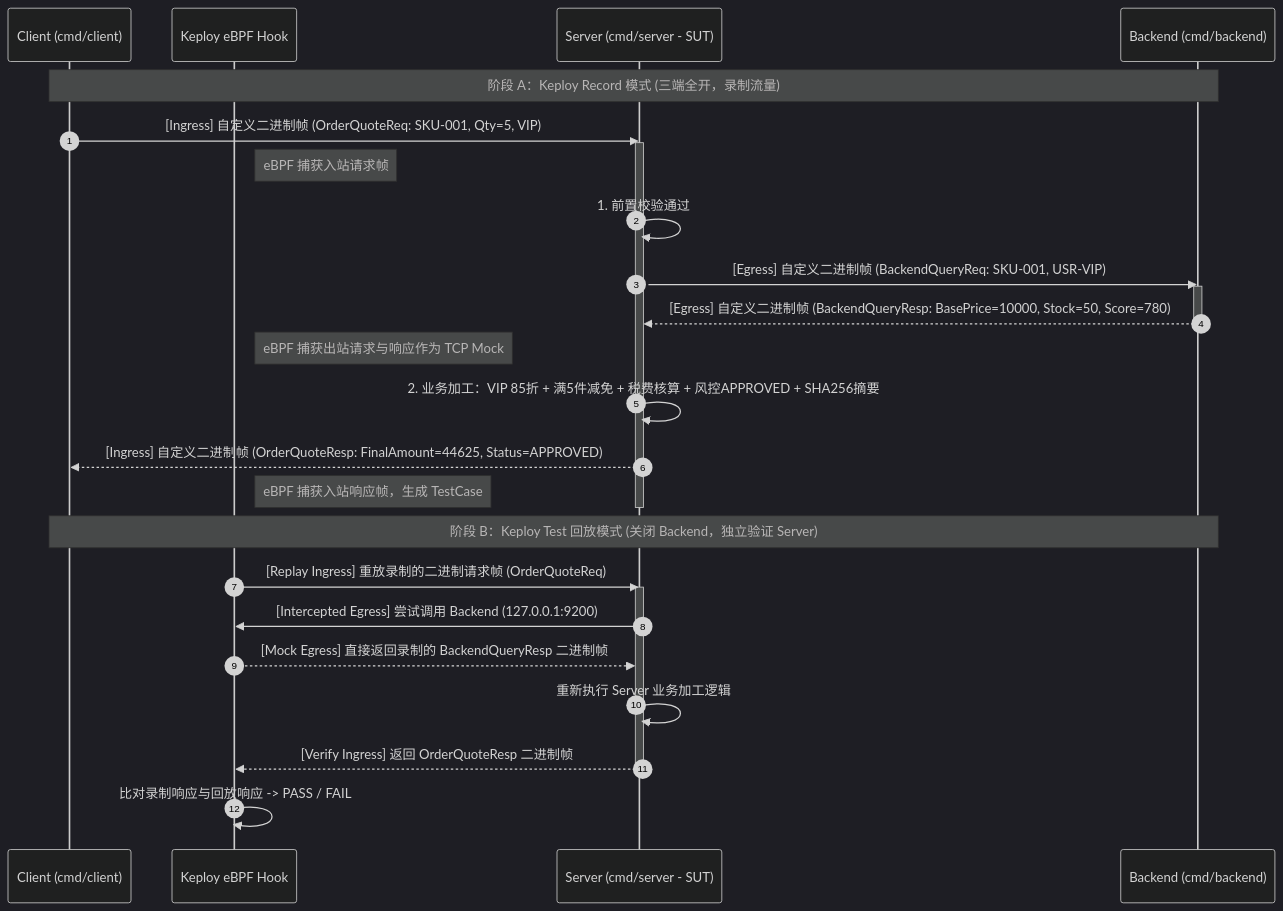
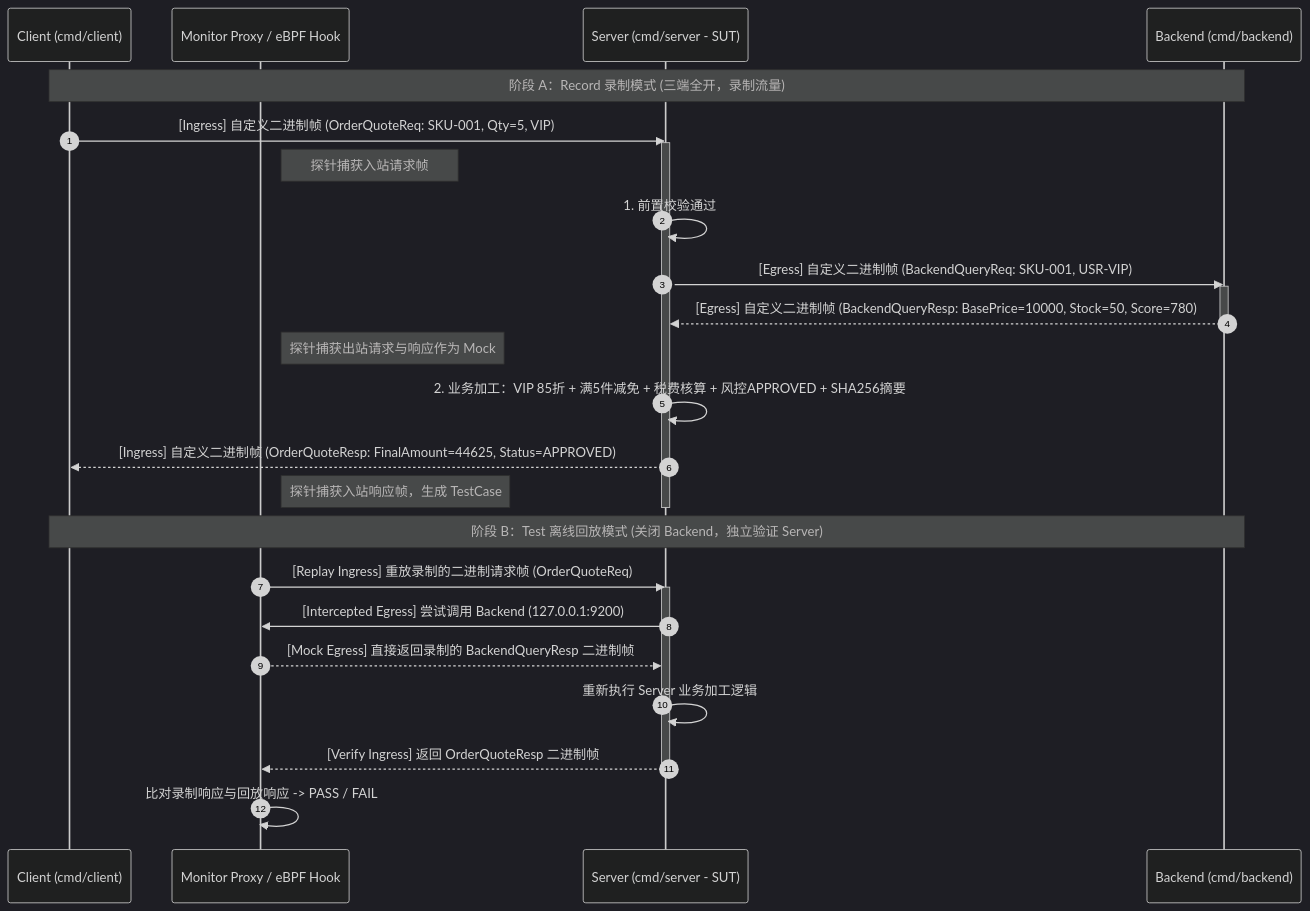
One commit to fugui/flowbench changed the diagram in docs/01-features/01-feature-matrix.md. Above: the diagram before and after it, drawn with Mermaid (dark theme). The commit also changed other lines of this file and 40 other files, not shown here.

Commit message:
refactor: 完全移除 Keploy 依赖并迁移原生 eBPF 协议感知监控资产

````diff
--- a/docs/01-features/01-feature-matrix.md
+++ b/docs/01-features/01-feature-matrix.md
@@ -101,33 +101,33 @@
 ```mermaid
 sequenceDiagram
     autonumber
     participant C as Client (cmd/client)
-    participant K as Keploy eBPF Hook
+    participant M as Monitor Proxy / eBPF Hook
     participant S as Server (cmd/server - SUT)
     participant B as Backend (cmd/backend)
 
-    Note over C,B: 阶段 A：Keploy Record 模式 (三端全开，录制流量)
+    Note over C,B: 阶段 A：Record 录制模式 (三端全开，录制流量)
     C->>S: [Ingress] 自定义二进制帧 (OrderQuoteReq: SKU-001, Qty=5, VIP)
     activate S
-    Note right of K: eBPF 捕获入站请求帧
+    Note right of M: 探针捕获入站请求帧
     S->>S: 1. 前置校验通过
     S->>B: [Egress] 自定义二进制帧 (BackendQueryReq: SKU-001, USR-VIP)
     activate B
     B-->>S: [Egress] 自定义二进制帧 (BackendQueryResp: BasePrice=10000, Stock=50, Score=780)
     deactivate B
-    Note right of K: eBPF 捕获出站请求与响应作为 TCP Mock
+    Note right of M: 探针捕获出站请求与响应作为 Mock
     S->>S: 2. 业务加工：VIP 85折 + 满5件减免 + 税费核算 + 风控APPROVED + SHA256摘要
     S-->>C: [Ingress] 自定义二进制帧 (OrderQuoteResp: FinalAmount=44625, Status=APPROVED)
-    Note right of K: eBPF 捕获入站响应帧，生成 TestCase
+    Note right of M: 探针捕获入站响应帧，生成 TestCase
     deactivate S
 
-    Note over C,B: 阶段 B：Keploy Test 回放模式 (关闭 Backend，独立验证 Server)
-    K->>S: [Replay Ingress] 重放录制的二进制请求帧 (OrderQuoteReq)
+    Note over C,B: 阶段 B：Test 离线回放模式 (关闭 Backend，独立验证 Server)
+    M->>S: [Replay Ingress] 重放录制的二进制请求帧 (OrderQuoteReq)
     activate S
-    S->>K: [Intercepted Egress] 尝试调用 Backend (127.0.0.1:9200)
-    K-->>S: [Mock Egress] 直接返回录制的 BackendQueryResp 二进制帧
+    S->>M: [Intercepted Egress] 尝试调用 Backend (127.0.0.1:9200)
+    M-->>S: [Mock Egress] 直接返回录制的 BackendQueryResp 二进制帧
     S->>S: 重新执行 Server 业务加工逻辑
-    S-->>K: [Verify Ingress] 返回 OrderQuoteResp 二进制帧
+    S-->>M: [Verify Ingress] 返回 OrderQuoteResp 二进制帧
     deactivate S
-    K->>K: 比对录制响应与回放响应 -> PASS / FAIL
+    M->>M: 比对录制响应与回放响应 -> PASS / FAIL
 ```
````
